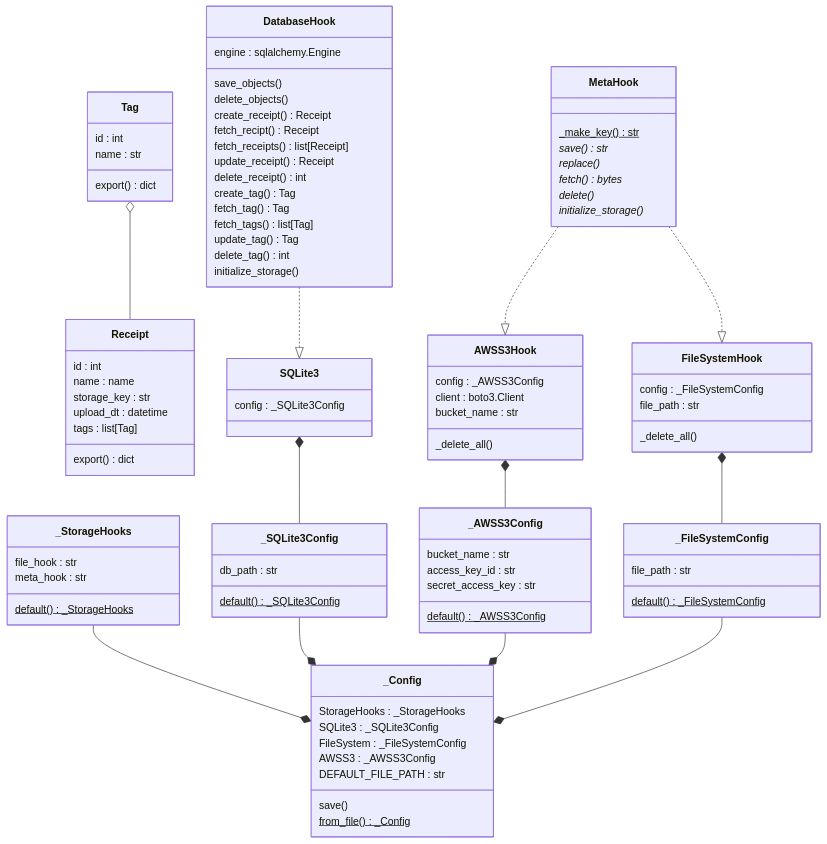
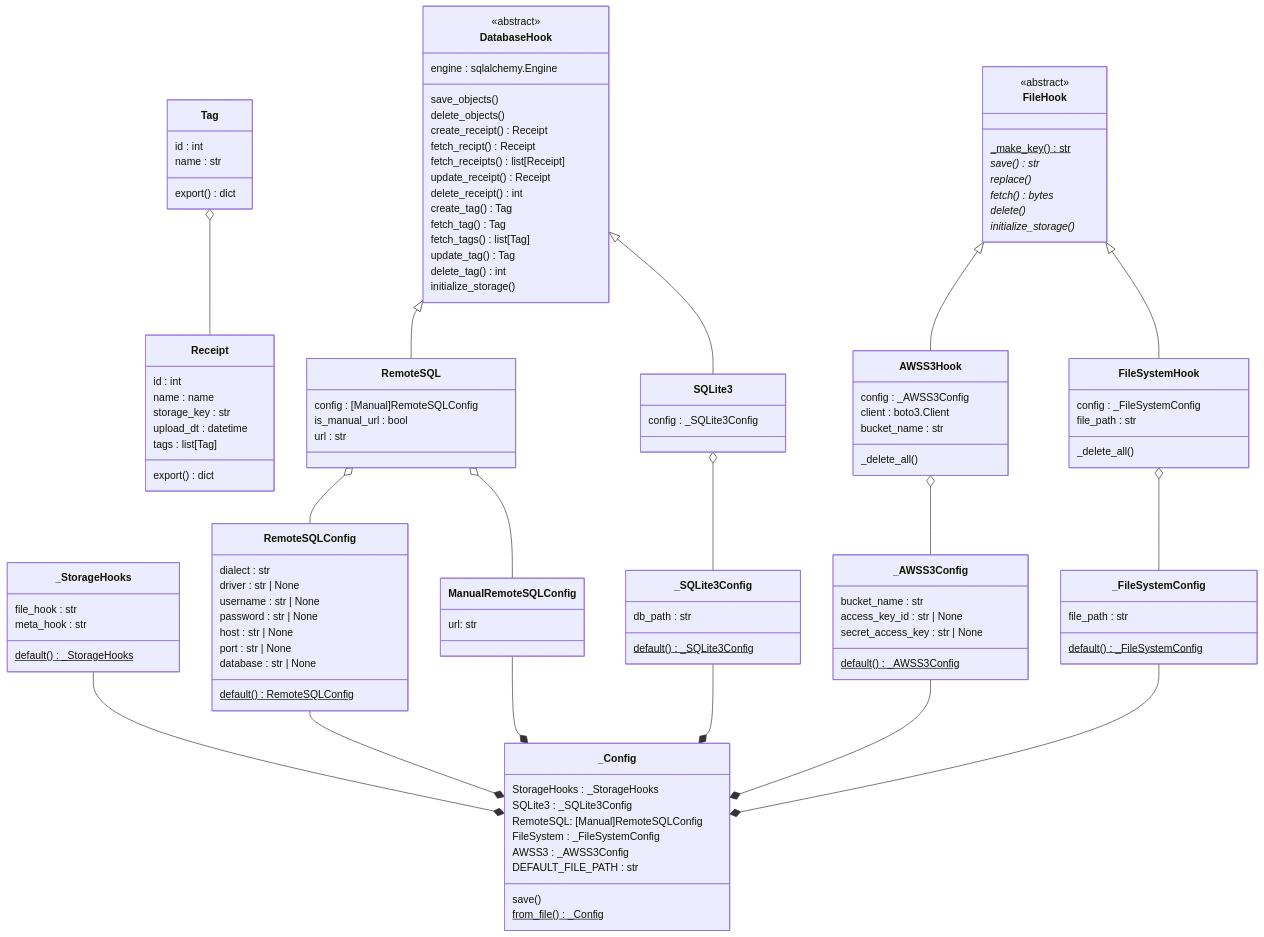
Before and after one commit to nathanieltooley/cs425-receipt-database: the second of 15 diagrams in server/DIAGRAMS.md, drawn with Mermaid.

Commit message:
Updated Class Diagram
- Added classes for RemoteSQL and configs
- Fixed the direction of realization arrows
- Changed Hooks' relationship to their configs from Composition to Aggregation
- Added <<abstract>> to abstract classes
- Made lines to abstract hooks solid

```diff
--- a/server/DIAGRAMS.md
+++ b/server/DIAGRAMS.md
@@ -46,6 +46,7 @@
     }
     
     class DatabaseHook {
+        <<abstract>>
         engine : sqlalchemy.Engine
         save_objects()
         delete_objects()
@@ -62,7 +63,8 @@
         initialize_storage()
     }
     
-    class MetaHook {
+    class FileHook {
+        <<abstract>>
         _make_key() str$
         save() str*
         replace()*
@@ -73,6 +75,11 @@
     
     class SQLite3 {
         config : _SQLite3Config
+    }
+    class RemoteSQL {
+        config : [Manual]RemoteSQLConfig
+        is_manual_url : bool
+        url : str
     }
     class AWSS3Hook {
         config : _AWSS3Config
@@ -96,19 +103,33 @@
         db_path : str
         default() _SQLite3Config$
     }
+    class RemoteSQLConfig {
+        dialect : str
+        driver : str | None
+        username : str | None
+        password : str | None
+        host : str | None
+        port : str | None
+        database : str | None
+        default() RemoteSQLConfig$
+    }
+    class ManualRemoteSQLConfig {
+        url: str
+    }
     class _FileSystemConfig {
         file_path : str
         default() _FileSystemConfig$
     }
     class _AWSS3Config {
         bucket_name : str
-        access_key_id : str
-        secret_access_key : str
+        access_key_id : str | None
+        secret_access_key : str | None
         default() _AWSS3Config$
     }
     class _Config {
         StorageHooks : _StorageHooks
         SQLite3 : _SQLite3Config
+        RemoteSQL: [Manual]RemoteSQLConfig
         FileSystem : _FileSystemConfig
         AWSS3 : _AWSS3Config
         DEFAULT_FILE_PATH : str
@@ -118,15 +139,20 @@
 
     Tag o-- Receipt
     
-    DatabaseHook ..|> SQLite3
-    MetaHook ..|> AWSS3Hook
-    MetaHook ..|> FileSystemHook
+    DatabaseHook <|-- SQLite3
+    DatabaseHook <|-- RemoteSQL
+    FileHook <|-- AWSS3Hook
+    FileHook <|-- FileSystemHook
     
-    SQLite3 *-- _SQLite3Config
-    AWSS3Hook *-- _AWSS3Config
-    FileSystemHook *-- _FileSystemConfig
+    SQLite3 o-- _SQLite3Config
+    RemoteSQL o-- RemoteSQLConfig
+    RemoteSQL o-- ManualRemoteSQLConfig
+    AWSS3Hook o-- _AWSS3Config
+    FileSystemHook o-- _FileSystemConfig
     
     _StorageHooks --* _Config
+    RemoteSQLConfig --* _Config
+    ManualRemoteSQLConfig --* _Config
     _SQLite3Config --* _Config
     _AWSS3Config --* _Config
     _FileSystemConfig --* _Config
```
